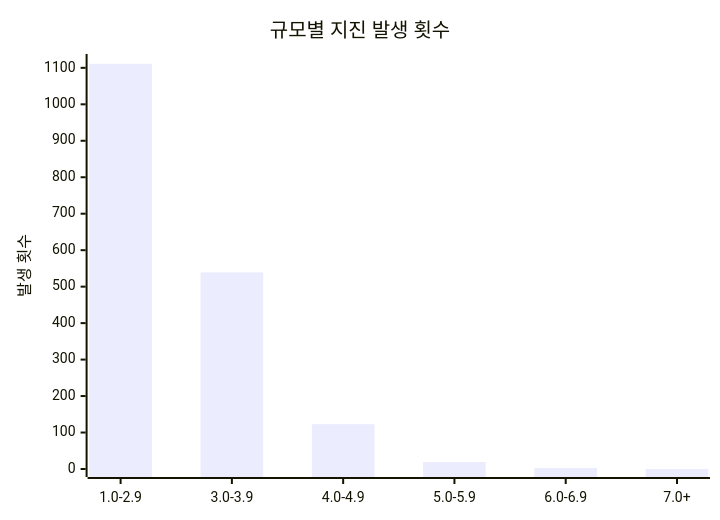
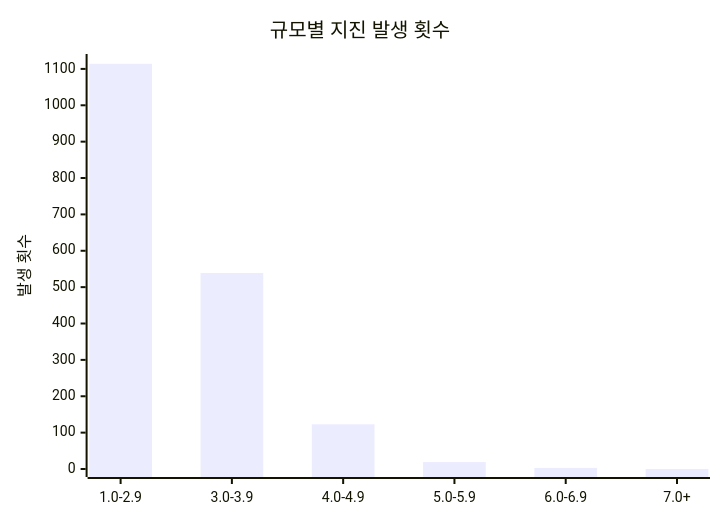
One commit to serendip811/japan-eq changed the diagram in charts/magnitude-chart.md. Above: the diagram before and after it, drawn with Mermaid. The commit also changed other lines of this file and 5 other files, not shown here.

Commit message:
Update earthquake data and charts Fri Jul 11 09:05:01 UTC 2025

````diff
--- a/charts/magnitude-chart.md
+++ b/charts/magnitude-chart.md
@@ -3,7 +3,7 @@
 ```mermaid
 xychart-beta
     title "규모별 지진 발생 횟수"
     x-axis [1.0-2.9, 3.0-3.9, 4.0-4.9, 5.0-5.9, 6.0-6.9, 7.0+]
-    y-axis "발생 횟수" 0 --> 1116
-    bar [1111, 539, 123, 19, 3, 0]
+    y-axis "발생 횟수" 0 --> 1119
+    bar [1114, 539, 123, 19, 3, 0]
 ```
````
